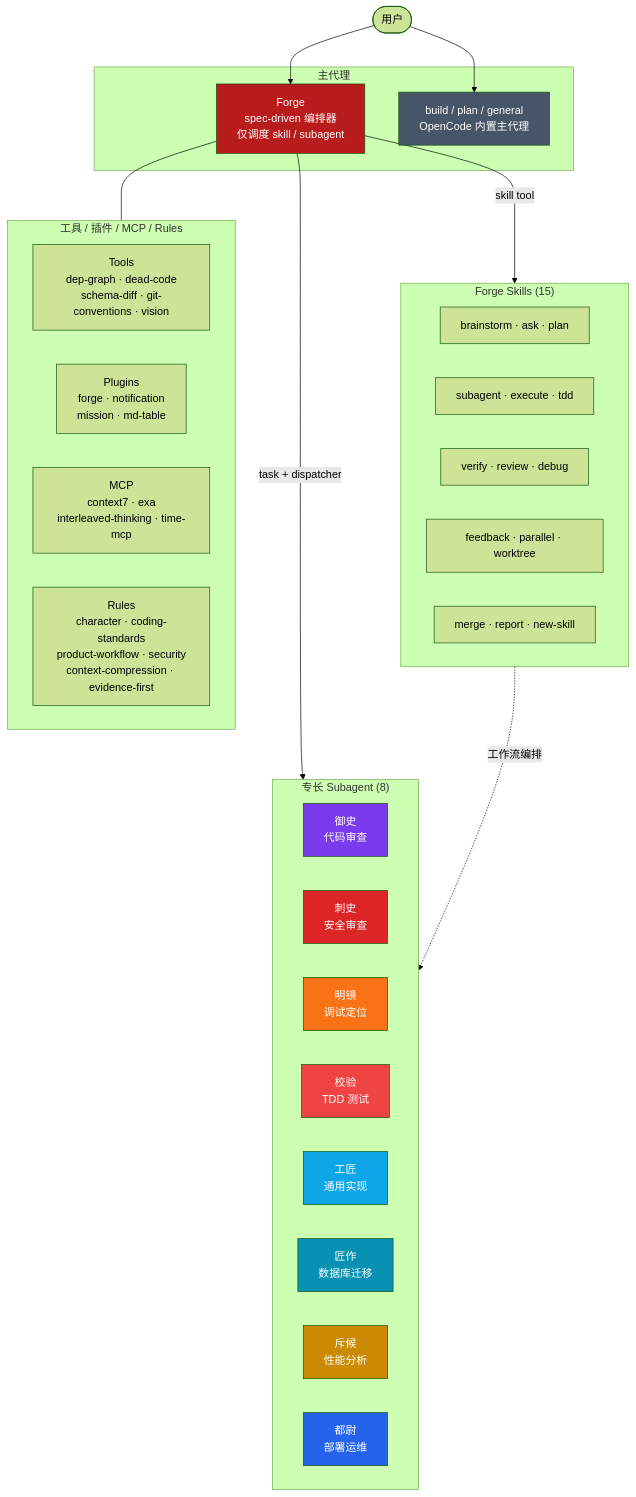
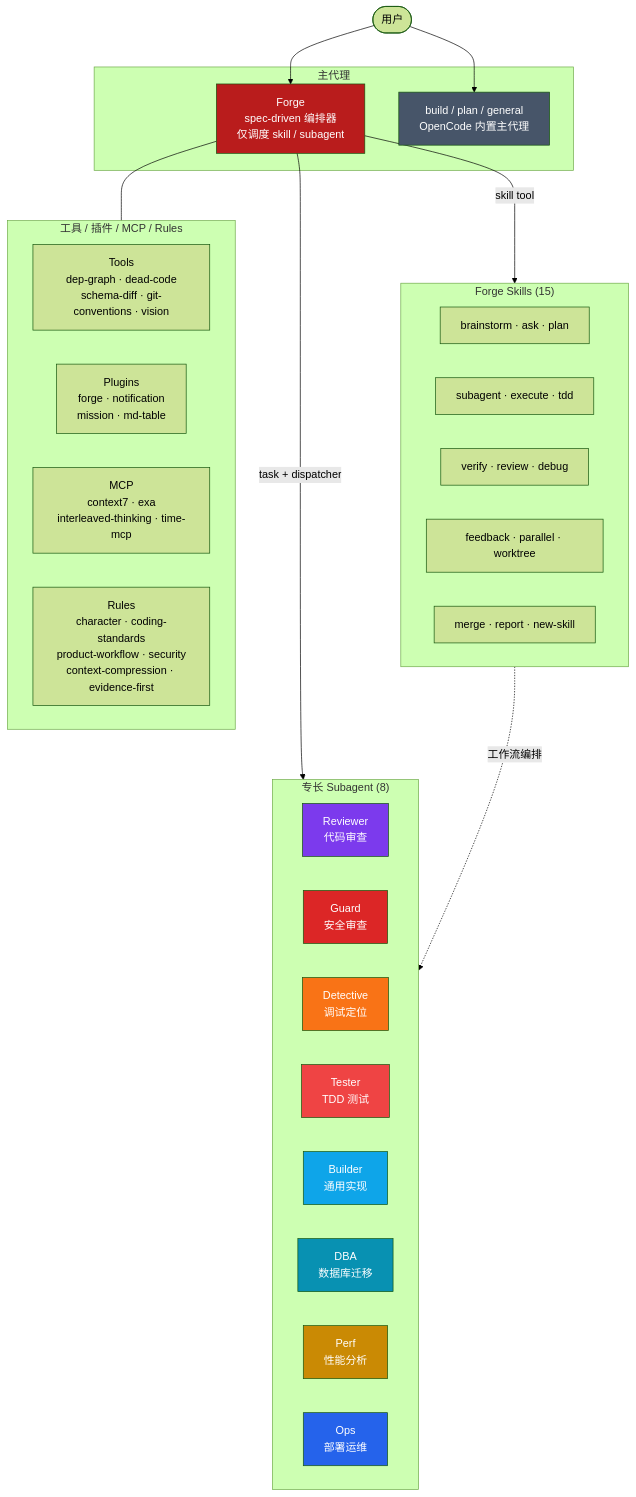
The diagram in README.md (JochenYang/open-agent), drawn with Mermaid (forest theme) before and after one commit. The commit also changed other lines of this file and 9 other files, not shown here.

````diff
--- a/README.md
+++ b/README.md
@@ -51,55 +51,55 @@
 ```mermaid
 graph TB
     User(["用户"])
 
     subgraph Primary["主代理"]
         FG["Forge<br/>spec-driven 编排器<br/>仅调度 skill / subagent"]
         BD["build / plan / general<br/>OpenCode 内置主代理"]
     end
 
     subgraph Skills["Forge Skills (15)"]
         direction LR
         S1["brainstorm · ask · plan"]
         S2["subagent · execute · tdd"]
         S3["verify · review · debug"]
         S4["feedback · parallel · worktree"]
         S5["merge · report · new-skill"]
     end
 
     subgraph Subagents["专长 Subagent (8)"]
         direction LR
-        YS["御史<br/>代码审查"]
-        CS["刺史<br/>安全审查"]
-        MJ["明镜<br/>调试定位"]
-        JY["校验<br/>TDD 测试"]
-        GJ["工匠<br/>通用实现"]
-        JZ["匠作<br/>数据库迁移"]
-        XH["斥候<br/>性能分析"]
-        DW["都尉<br/>部署运维"]
+        YS["Reviewer<br/>代码审查"]
+        CS["Guard<br/>安全审查"]
+        MJ["Detective<br/>调试定位"]
+        JY["Tester<br/>TDD 测试"]
+        GJ["Builder<br/>通用实现"]
+        JZ["DBA<br/>数据库迁移"]
+        XH["Perf<br/>性能分析"]
+        DW["Ops<br/>部署运维"]
     end
 
     subgraph Infra["工具 / 插件 / MCP / Rules"]
         TL["Tools<br/>dep-graph · dead-code<br/>schema-diff · git-conventions · vision"]
         PL["Plugins<br/>forge · notification<br/>mission · md-table"]
         MC["MCP<br/>context7 · exa<br/>interleaved-thinking · time-mcp"]
         RL["Rules<br/>character · coding-standards<br/>product-workflow · security<br/>context-compression · evidence-first"]
     end
 
     User --> FG & BD
     FG -->|skill tool| Skills
     FG -->|task + dispatcher| Subagents
     Skills -.->|工作流编排| Subagents
 
     FG --- Infra
 
     style FG fill:#B91C1C,color:#fff
     style BD fill:#475569,color:#fff
     style YS fill:#7C3AED,color:#fff
     style CS fill:#DC2626,color:#fff
     style MJ fill:#F97316,color:#fff
     style JY fill:#EF4444,color:#fff
     style GJ fill:#0EA5E9,color:#fff
     style JZ fill:#0891B2,color:#fff
     style XH fill:#CA8A04,color:#fff
     style DW fill:#2563EB,color:#fff
 ```
````
